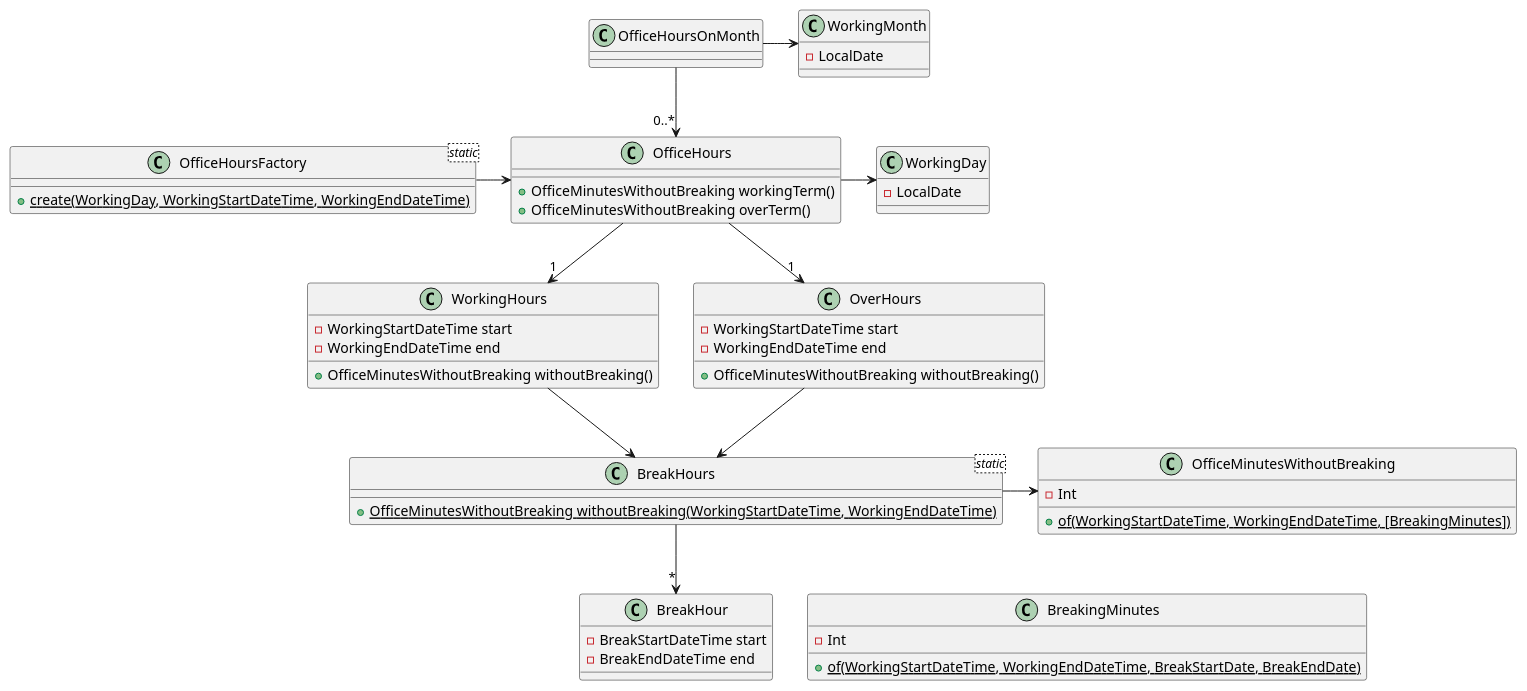
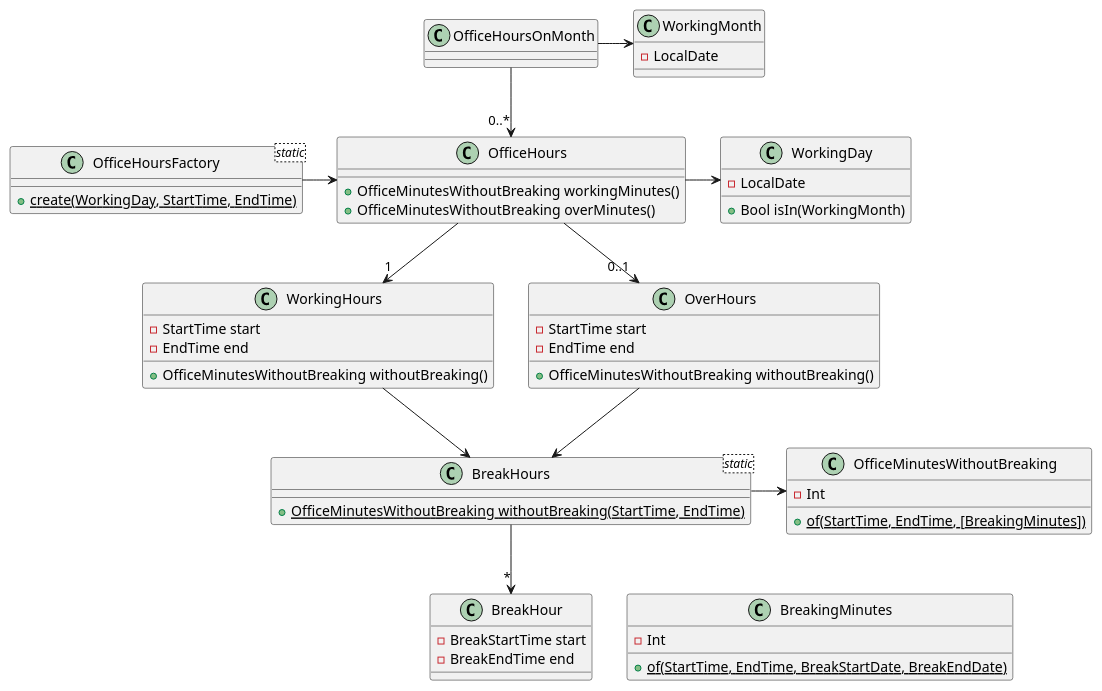
Before and after one commit to suzuki-hoge/kintai: the diagram in 2017-07-scala/docs/model.puml, drawn with PlantUML. The commit also changed 23 other files, not shown here.

```diff
--- a/2017-07-scala/docs/model.puml
+++ b/2017-07-scala/docs/model.puml
@@ -1,73 +1,74 @@
 @startuml
 
 class OfficeHours {
-  + OfficeMinutesWithoutBreaking workingTerm()
-  + OfficeMinutesWithoutBreaking overTerm()
+  + OfficeMinutesWithoutBreaking workingMinutes()
+  + OfficeMinutesWithoutBreaking overMinutes()
 }
 
 class WorkingDay {
   - LocalDate
+  + Bool isIn(WorkingMonth)
 }
 
 OfficeHours -right-> WorkingDay
 
 class WorkingHours {
-  - WorkingStartDateTime start
-  - WorkingEndDateTime end
+  - StartTime start
+  - EndTime end
   + OfficeMinutesWithoutBreaking withoutBreaking()
 }
 
 class OverHours {
-  - WorkingStartDateTime start
-  - WorkingEndDateTime end
+  - StartTime start
+  - EndTime end
   + OfficeMinutesWithoutBreaking withoutBreaking()
 }
 
 OfficeHours --> "1" WorkingHours
-OfficeHours --> "1" OverHours
+OfficeHours --> "0..1" OverHours
 
 class BreakHours <static> {
-  + {static} OfficeMinutesWithoutBreaking withoutBreaking(WorkingStartDateTime, WorkingEndDateTime)
+  + {static} OfficeMinutesWithoutBreaking withoutBreaking(StartTime, EndTime)
 }
 
 class BreakHour {
-  - BreakStartDateTime start
-  - BreakEndDateTime end
+  - BreakStartTime start
+  - BreakEndTime end
 }
 
 class BreakingMinutes {
   - Int
-  + {static} of(WorkingStartDateTime, WorkingEndDateTime, BreakStartDate, BreakEndDate)
+  + {static} of(StartTime, EndTime, BreakStartDate, BreakEndDate)
 }
 
 WorkingHours --> BreakHours
 OverHours --> BreakHours
 
 BreakHours -down-> "*" BreakHour
 BreakHour -[hidden]right-> BreakingMinutes
 
 class OfficeMinutesWithoutBreaking {
   - Int
-  + {static} of(WorkingStartDateTime, WorkingEndDateTime, [BreakingMinutes])
+  + {static} of(StartTime, EndTime, [BreakingMinutes])
 }
 
 BreakHours -right-> OfficeMinutesWithoutBreaking
 
 class OfficeHoursFactory <static> {
-  + {static} create(WorkingDay, WorkingStartDateTime, WorkingEndDateTime)
+  + {static} create(WorkingDay, StartTime, EndTime)
 }
 
 OfficeHoursFactory -right-> OfficeHours
 
 class OfficeHoursOnMonth {
 }
 
 class WorkingMonth {
   - LocalDate
 }
 
 OfficeHoursOnMonth -right-> WorkingMonth
 
 OfficeHoursOnMonth -down-> "0..*" OfficeHours
 
 @enduml
```
